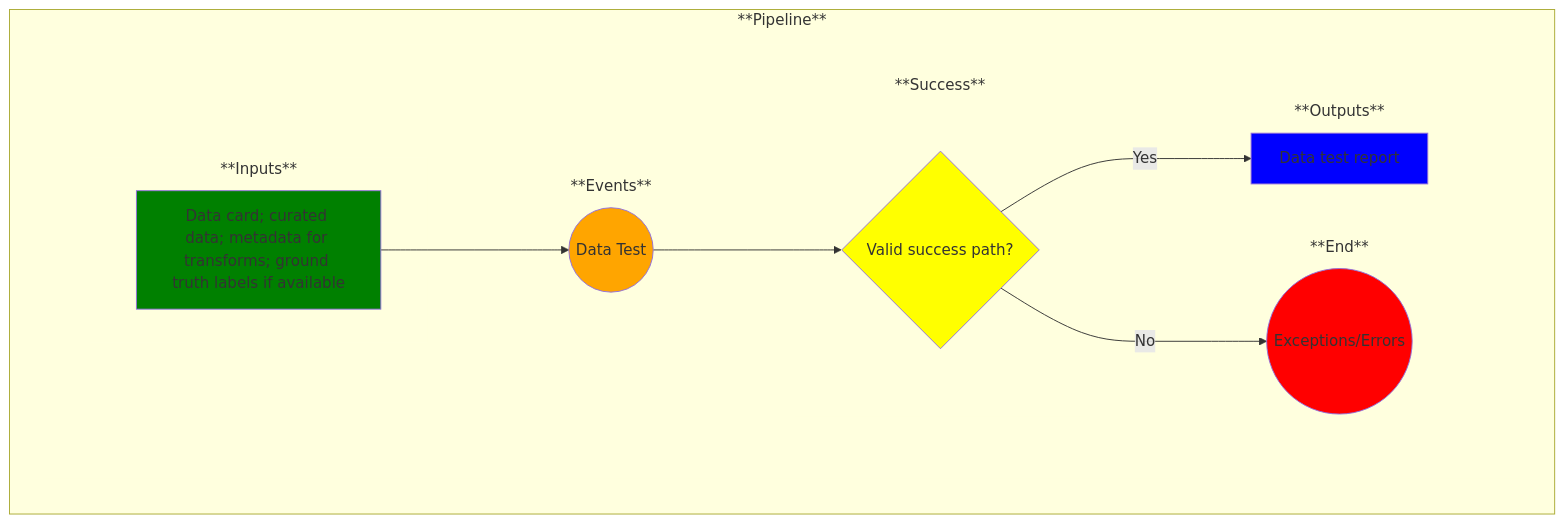
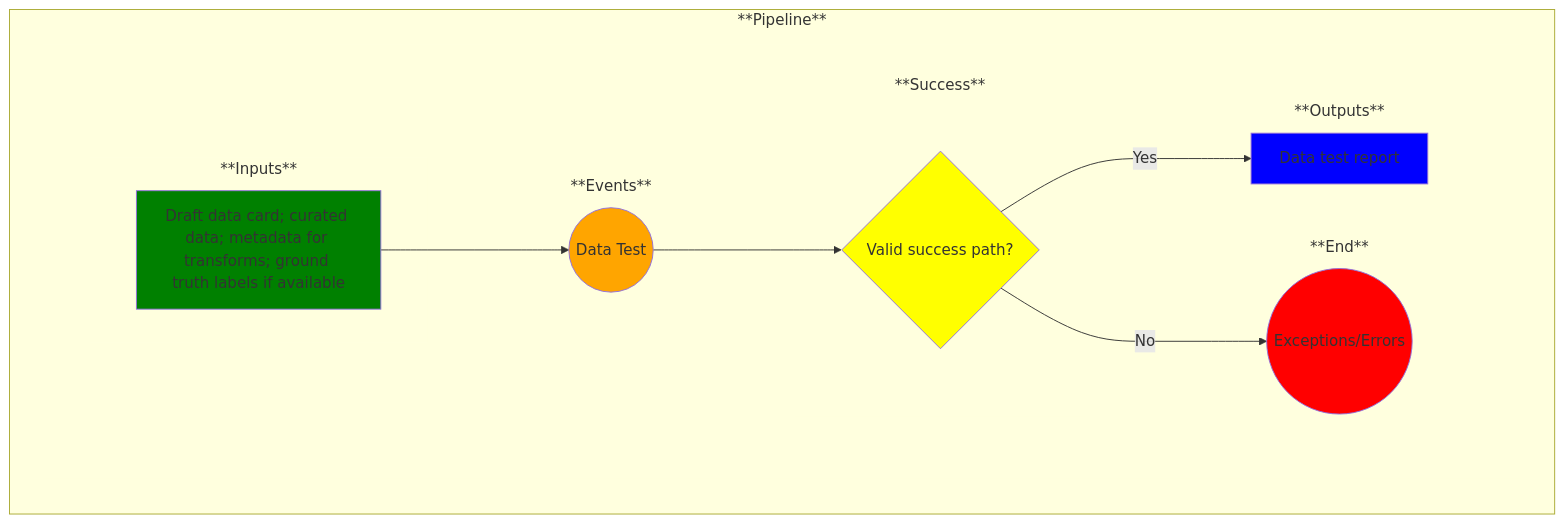
Before and after one commit to MLOps-OpenAPI/arch-diagrams: the diagram in use-cases/6a-data-test.md, drawn with Mermaid. The commit also changed other lines of this file and 4 other files, not shown here.

Commit message:
Fixed UC7 and data card inputs to be consistent

````diff
--- a/use-cases/6a-data-test.md
+++ b/use-cases/6a-data-test.md
@@ -20,64 +20,64 @@
 ```mermaid
 
 %% Creating a left-to-right flowchart
 %% Learn the syntax here: https://mermaid.js.org/syntax/flowchart.html
 %% Note: flowchart and graph are the same in Mermaid
 graph LR;
 
     %% Define the common flow items:
     %%A--> B
     %%B-->C
     subgraph Pipeline ["**Pipeline**"]
         
         %% Add an empty node to overcome some formatting issues
         subgraph invisibleSpace["<br/>"]
 
             %% Add the rest of the nodes
             subgraph Inputs ["**Inputs**"]
                 A
             end
             subgraph Events ["**Events**"]
                 B
             end
             subgraph Success ["**Success**"]
                 C
             end
             subgraph End ["**End**"]
                 D
             end
             subgraph Outputs ["**Outputs**"]
                 E
             end
         end
         A-->B
         B-->C
         C--> | No | D
         C--> | Yes | E
     end
 
     %% Now label and style the blocks
     %% Note: You could have done this above, but I find this to be cleaner and easier to manage
 
-    A[Data card; curated data; metadata for transforms; ground truth labels if available]
+    A[Draft data card; curated data; metadata for transforms; ground truth labels if available]
     style A fill:green
 
     B((Data Test))
     style B fill:orange
 
     C{Valid success path?}
     style C fill:yellow
 
     D((Exceptions/Errors))
     style D fill:red
 
     E[Data test report]
     style E fill:blue
 
     %% Remove unnecessary box outlines
     style invisibleSpace stroke-width:0
     style Inputs stroke-width:0
     style Events stroke-width:0
     style Outputs stroke-width:0
     style End stroke-width:0
     style Success stroke-width:0
 ```
````
